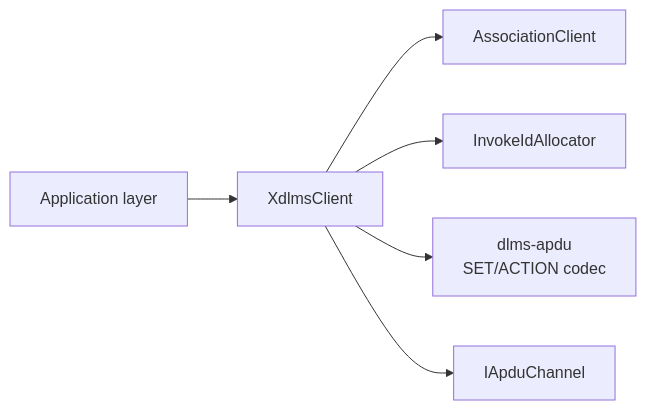
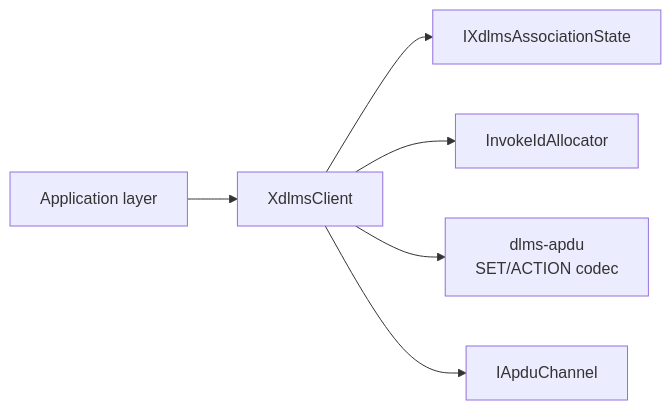
The first of 3 diagrams in docs/06_client_set_action_boundary.md (gvtret/dlms-xdlms), drawn with Mermaid before and after one commit. The commit also changed other lines of this file and 10 other files, not shown here.

````diff
--- a/docs/06_client_set_action_boundary.md
+++ b/docs/06_client_set_action_boundary.md
@@ -93,15 +93,15 @@
 ```mermaid
 flowchart LR
   App["Application layer"]
   Client["XdlmsClient"]
   InvokeIds["InvokeIdAllocator"]
   APDU["dlms-apdu<br/>SET/ACTION codec"]
   Channel["IApduChannel"]
-  Assoc["AssociationClient"]
+  Assoc["IXdlmsAssociationState"]
 
   App --> Client
   Client --> Assoc
   Client --> InvokeIds
   Client --> APDU
   Client --> Channel
 ```
````
